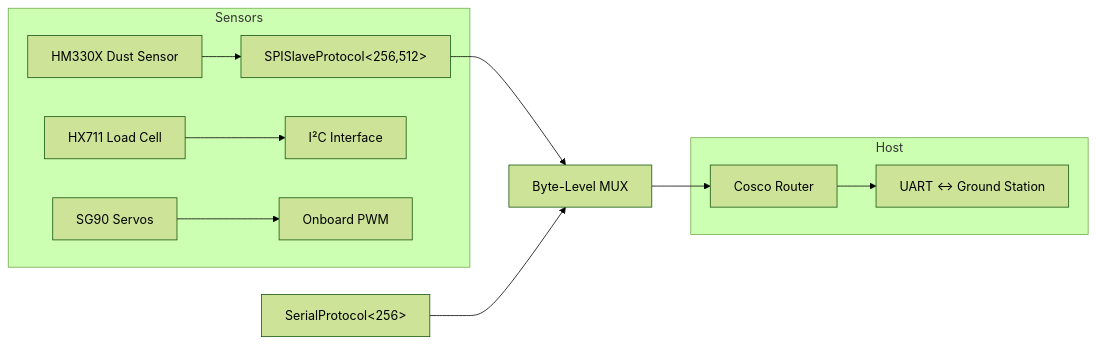
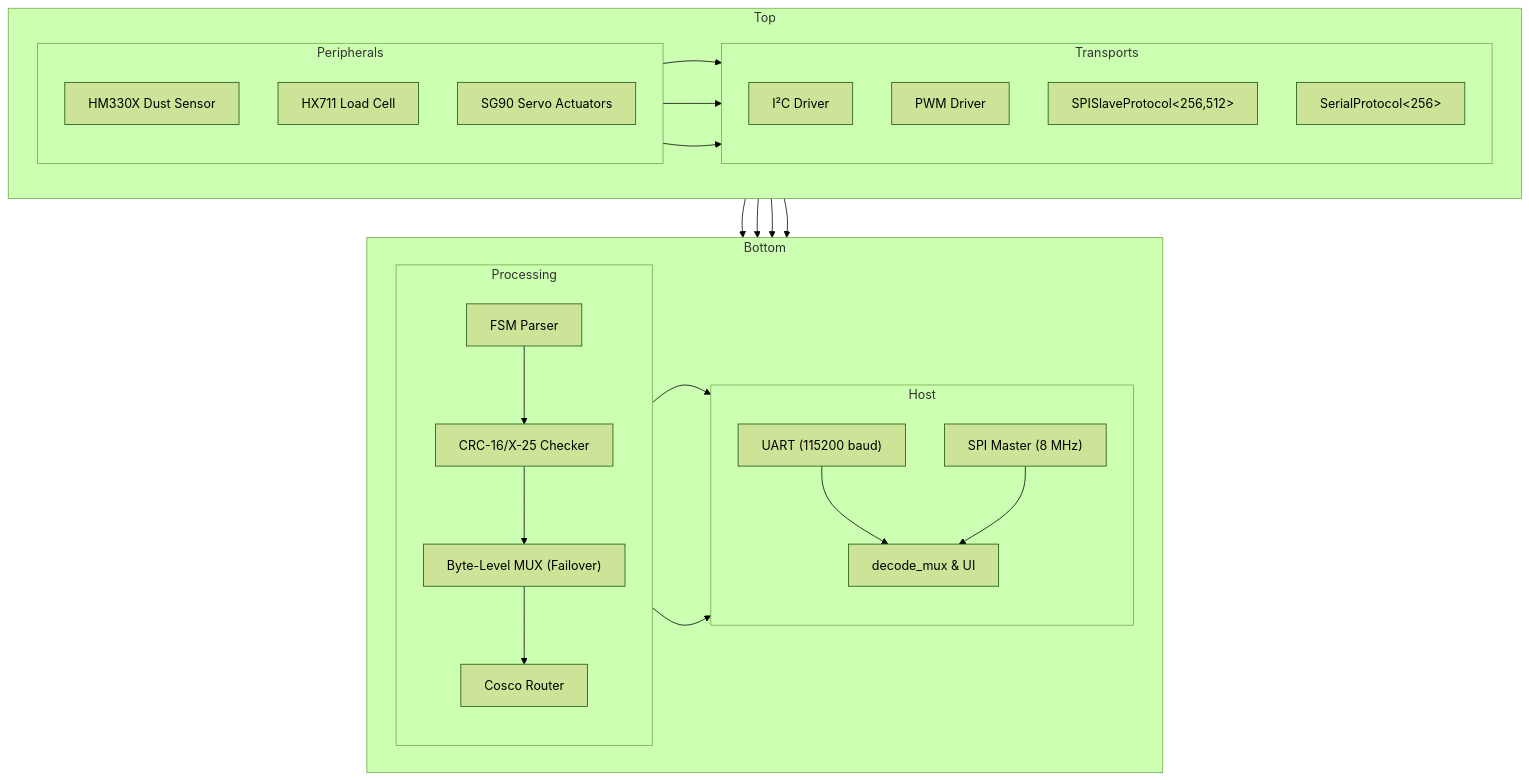
One commit to Eliot-Abramo/avionics_cots changed the diagram in README.md. Above: the diagram before and after it, drawn with Mermaid (forest theme). The commit also changed other lines of this file, not shown here.

````diff
--- a/README.md
+++ b/README.md
@@ -5,14 +18,56 @@
 ```mermaid
-flowchart LR
-  subgraph Sensors
-    HM330X[HM330X Dust Sensor] --> SPIDriver[SPISlaveProtocol<256,512>]
-    HX711[HX711 Load Cell]     --> I2CDriver[I²C Interface]
-    SG90[SG90 Servos]          --> PWMControl[Onboard PWM]
+flowchart TB
+  %% Top Row: Peripherals and Transport Drivers
+  subgraph Top
+    direction LR
+    subgraph Peripherals
+      direction TB
+      Dust["HM330X Dust Sensor"]
+      Load["HX711 Load Cell"]
+      Servo["SG90 Servo Actuators"]
+    end
+    subgraph Transports
+      direction TB
+      I2C["I²C Driver"]
+      PWM["PWM Driver"]
+      SPIProt["SPISlaveProtocol<256,512>"]
+      UARTProt["SerialProtocol<256>"]
+    end
   end
-  SPIDriver --> MUX[Byte-Level MUX]
-  SerialProtocol[SerialProtocol<256>] --> MUX
-  MUX --> Cosco[Cosco Router]
-  subgraph Host
-    Cosco --> UARTLink[UART ↔ Ground Station]
+
+  %% Bottom Row: Processing and Host Interface
+  subgraph Bottom
+    direction LR
+    subgraph Processing
+      direction TB
+      Parser["FSM Parser"]
+      CRC["CRC-16/X-25 Checker"]
+      MUX["Byte-Level MUX (Failover)"]
+      Cosco["Cosco Router"]
+    end
+    subgraph Host
+      direction TB
+      UARTLink["UART (115200 baud)"]
+      SPILink["SPI Master (8 MHz)"]
+      HostApp["decode_mux & UI"]
+    end
   end
+
+  %% Connections
+  Dust    --> I2C
+  Load    --> I2C
+  Servo   --> PWM
+  I2C     --> Parser
+  PWM     --> Parser
+  SPIProt --> Parser
+  UARTProt--> Parser
+  Parser  --> CRC
+  CRC     --> MUX
+  MUX     --> Cosco
+  Cosco   --> UARTLink
+  Cosco   --> SPILink
+  UARTLink--> HostApp
+  SPILink --> HostApp
+
+
 ```
````
